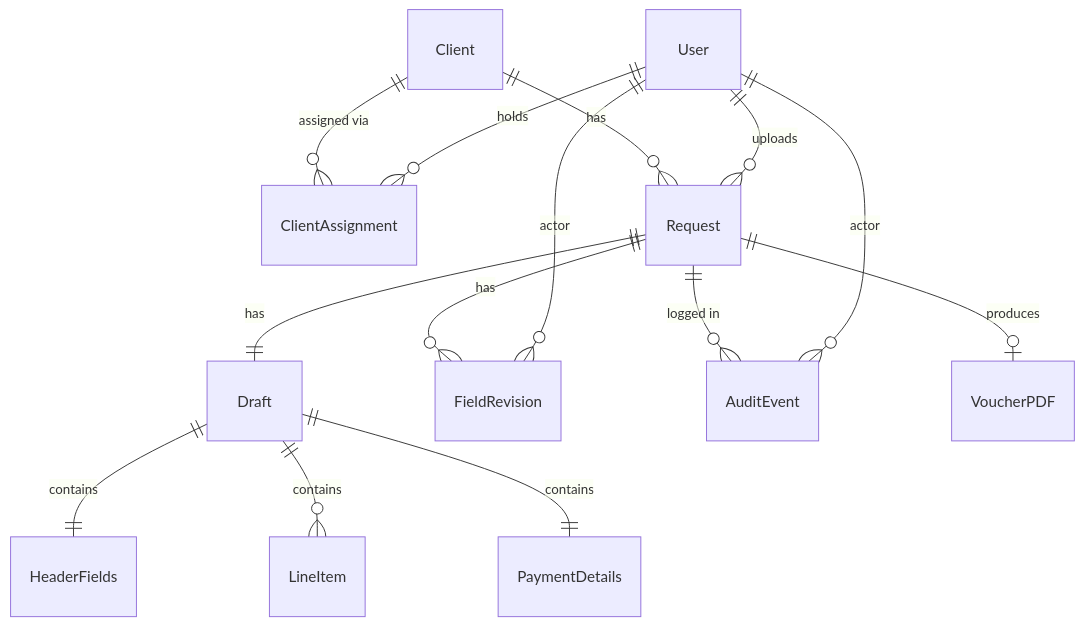
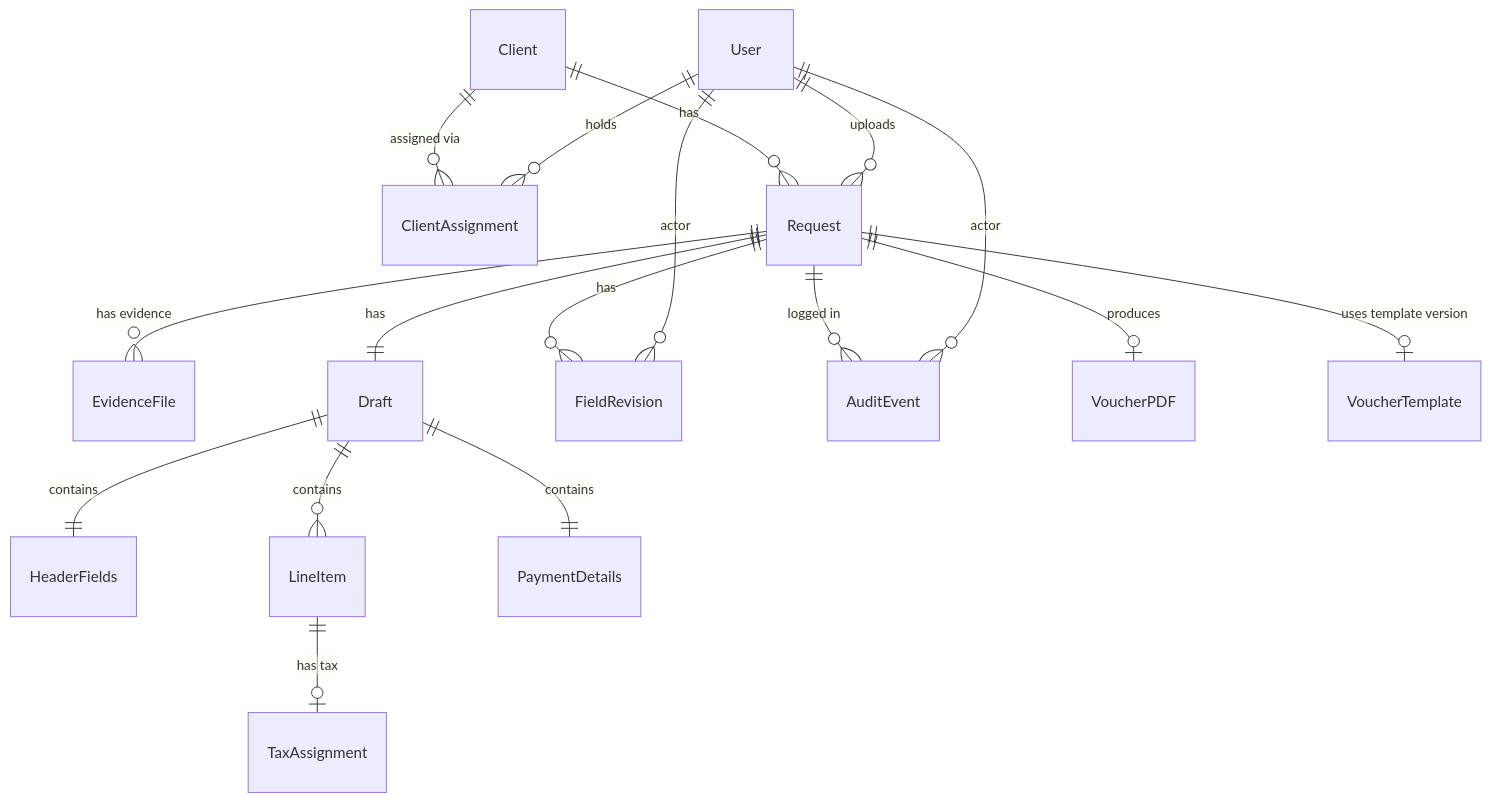
The second of 6 diagrams in .kiro/specs/invoice-to-voucher/design.md (andrifernandiarif/AMIGA-Invoice-to-voucher-AI), drawn with Mermaid before and after one commit. The commit also changed other lines of this file and 40 other files, not shown here.

````diff
--- a/.kiro/specs/invoice-to-voucher/design.md
+++ b/.kiro/specs/invoice-to-voucher/design.md
@@ -444,16 +508,19 @@
 ```mermaid
 erDiagram
     Client ||--o{ ClientAssignment : "assigned via"
     User ||--o{ ClientAssignment : "holds"
     Client ||--o{ Request : "has"
     User ||--o{ Request : "uploads"
+    Request ||--o{ EvidenceFile : "has evidence"
     Request ||--|| Draft : "has"
     Draft ||--|| HeaderFields : "contains"
     Draft ||--o{ LineItem : "contains"
+    LineItem ||--o| TaxAssignment : "has tax"
     Draft ||--|| PaymentDetails : "contains"
     Request ||--o{ FieldRevision : "has"
     Request ||--o{ AuditEvent : "logged in"
     Request ||--o| VoucherPDF : "produces"
+    Request ||--o| VoucherTemplate : "uses template version"
     User ||--o{ AuditEvent : "actor"
     User ||--o{ FieldRevision : "actor"
 ```
````
